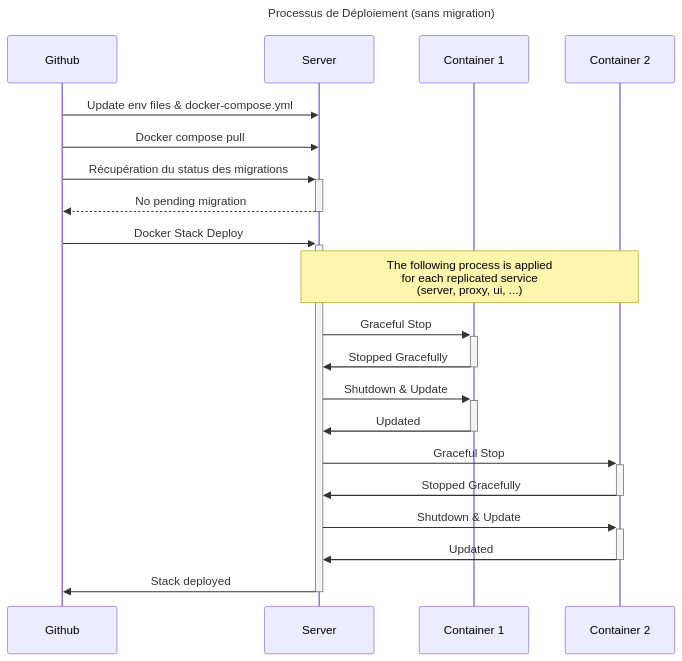
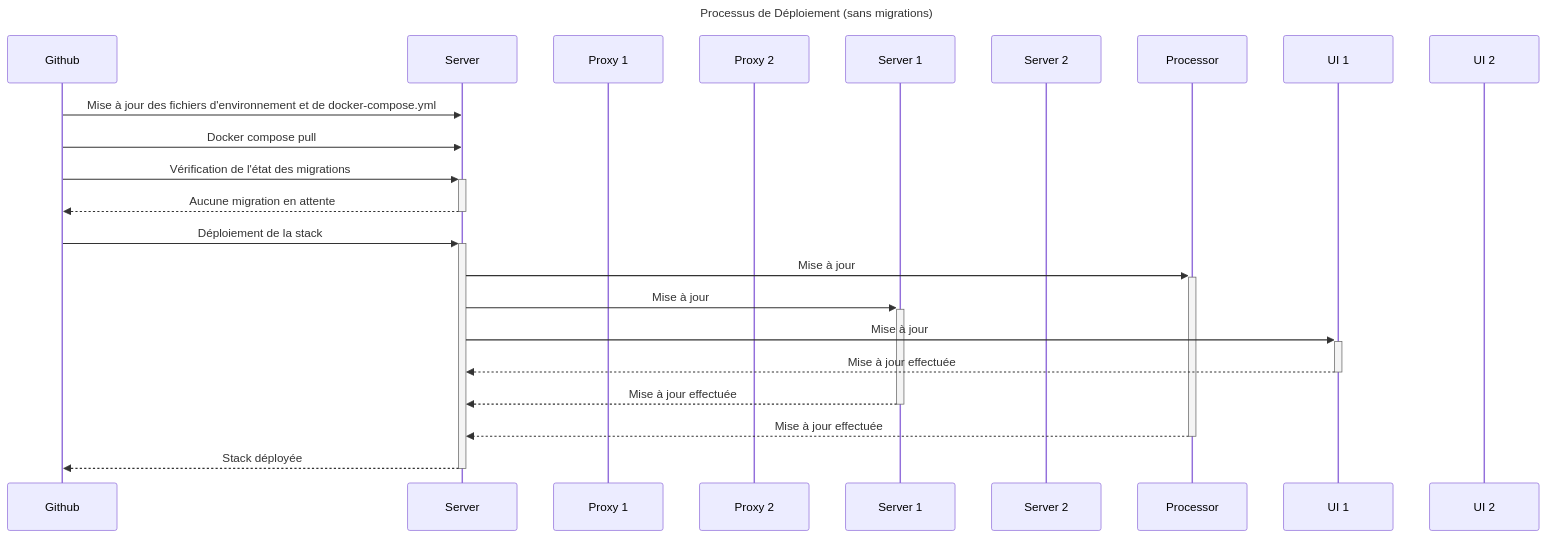
Before and after one commit to mission-apprentissage/bal: the second of 3 diagrams in docs/deploiement.md, drawn with Mermaid. The commit also changed other lines of this file, not shown here.

Commit message:
chore: update architecture doc

````diff
--- a/docs/deploiement.md
+++ b/docs/deploiement.md
@@ -1,24 +66,31 @@
 ```mermaid
 sequenceDiagram
-    title Processus de Déploiement (sans migration)
-    Github->>Server: Update env files & docker-compose.yml
+    title Processus de Déploiement (sans migrations)
+    Github->>Server: Mise à jour des fichiers d'environnement et de docker-compose.yml
     Github->>Server: Docker compose pull
-    Github->>+Server: Récupération du status des migrations
-    Server-->>-Github: No pending migration
-    Github->>+Server: Docker Stack Deploy
+    Github->>+Server: Vérification de l'état des migrations
+    Server-->>-Github: Aucune migration en attente
 
-    participant C1 as Container 1
-    participant C2 as Container 2
-    Note over Server,C2: The following process is applied<br/> for each replicated service<br/> (server, proxy, ui, ...)
+    participant N1 as Proxy 1
+    participant N2 as Proxy 2
 
-    Server->>+C1: Graceful Stop
-    C1->>-Server: Stopped Gracefully
-    Server->>+C1: Shutdown & Update
-    C1->>-Server: Updated
-    Server->>+C2: Graceful Stop
-    C2->>-Server: Stopped Gracefully
-    Server->>+C2: Shutdown & Update
-    C2->>-Server: Updated
+    participant S1 as Server 1
+    participant S2 as Server 2
 
-    Server->>-Github: Stack deployed
+    participant P as Processor
+
+    participant U1 as UI 1
+    participant U2 as UI 2
+
+
+    Github->>+Server: Déploiement de la stack
+
+    Server->>+P: Mise à jour
+    Server->>+S1: Mise à jour
+    Server->>+U1: Mise à jour
+    U1-->>-Server: Mise à jour effectuée
+    S1-->>-Server: Mise à jour effectuée
+    P-->>-Server: Mise à jour effectuée
+
+    Server-->>-Github: Stack déployée
 ```
````
